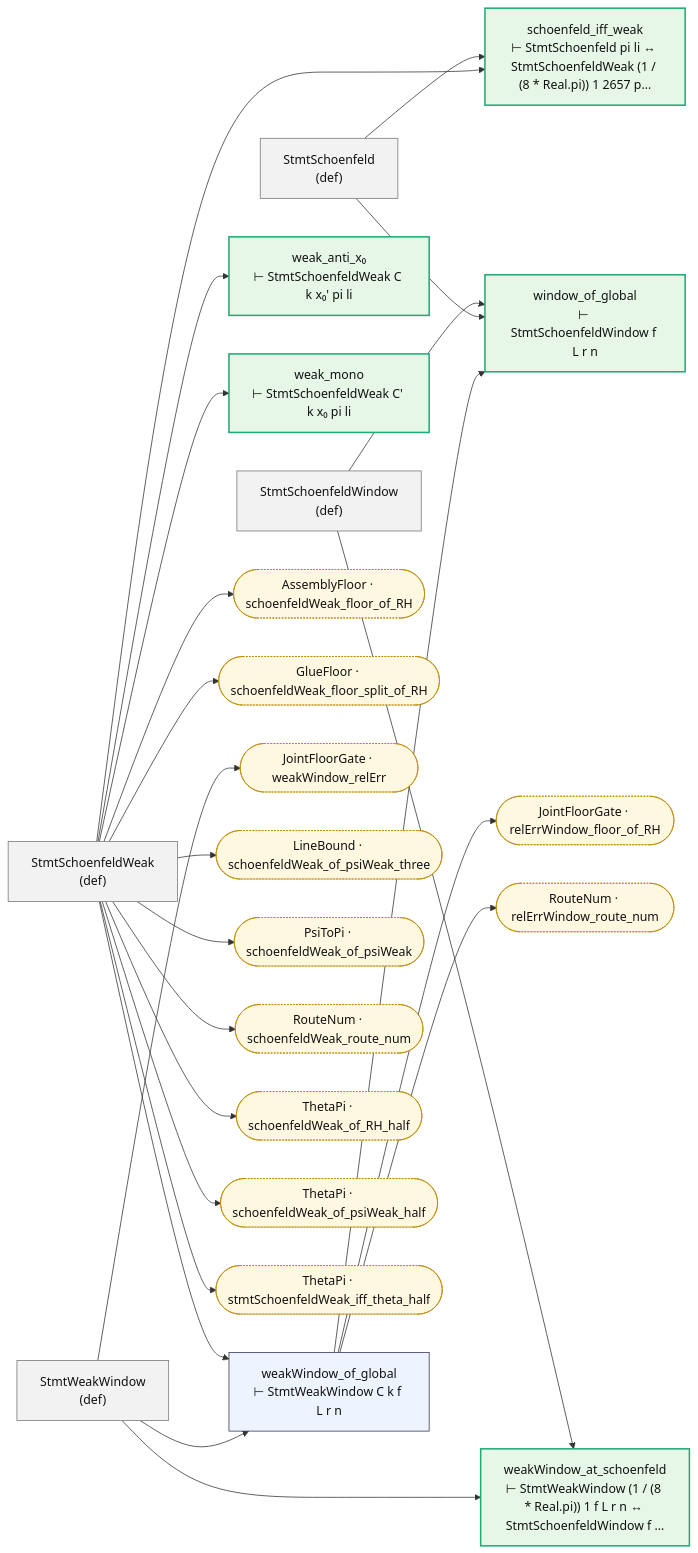
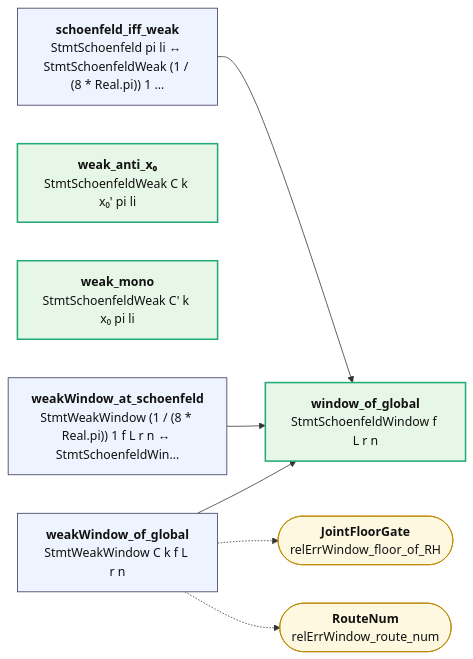
One commit to juliansambranojr/Primebeat_081426 changed the diagram in map/lean_stage3/Statement.md. Above: the diagram before and after it, drawn with Mermaid. The commit also changed other lines of this file and 387 other files, not shown here.

````diff
--- a/map/lean_stage3/Statement.md
+++ b/map/lean_stage3/Statement.md
@@ -8,52 +12,21 @@
 ```mermaid
 flowchart LR
-  n0["StmtSchoenfeldWindow<br/>(def)"]:::dfn
-  n1["StmtSchoenfeld<br/>(def)"]:::dfn
-  n2["StmtSchoenfeldWeak<br/>(def)"]:::dfn
-  n3["StmtWeakWindow<br/>(def)"]:::dfn
-  n4["schoenfeld_iff_weak<br/>⊢ StmtSchoenfeld pi li ↔ StmtSchoenfeldWeak (1 / (8 * Real.pi)) 1 2657 p…"]:::end_
-  n5["weak_anti_x₀<br/>⊢ StmtSchoenfeldWeak C k x₀' pi li"]:::end_
-  n6["weak_mono<br/>⊢ StmtSchoenfeldWeak C' k x₀ pi li"]:::end_
-  n7["weakWindow_of_global<br/>⊢ StmtWeakWindow C k f L r n"]:::thm
-  n8["weakWindow_at_schoenfeld<br/>⊢ StmtWeakWindow (1 / (8 * Real.pi)) 1 f L r n ↔ StmtSchoenfeldWindow f …"]:::end_
-  n9["window_of_global<br/>⊢ StmtSchoenfeldWindow f L r n"]:::end_
-  x0(["AssemblyFloor · schoenfeldWeak_floor_of_RH"]):::ext
-  x1(["GlueFloor · schoenfeldWeak_floor_split_of_RH"]):::ext
-  x2(["JointFloorGate · relErrWindow_floor_of_RH"]):::ext
-  x3(["JointFloorGate · weakWindow_relErr"]):::ext
-  x4(["LineBound · schoenfeldWeak_of_psiWeak_three"]):::ext
-  x5(["PsiToPi · schoenfeldWeak_of_psiWeak"]):::ext
-  x6(["RouteNum · relErrWindow_route_num"]):::ext
-  x7(["RouteNum · schoenfeldWeak_route_num"]):::ext
-  x8(["ThetaPi · schoenfeldWeak_of_RH_half"]):::ext
-  x9(["ThetaPi · schoenfeldWeak_of_psiWeak_half"]):::ext
-  x10(["ThetaPi · stmtSchoenfeldWeak_iff_theta_half"]):::ext
-  n0 --> n8
-  n0 --> n9
-  n1 --> n4
-  n1 --> n9
-  n2 --> n4
-  n2 --> n5
-  n2 --> n6
-  n2 --> n7
-  n2 --> x0
-  n2 --> x1
-  n2 --> x10
-  n2 --> x4
-  n2 --> x5
-  n2 --> x7
-  n2 --> x8
-  n2 --> x9
-  n3 --> n7
-  n3 --> n8
-  n3 --> x3
-  n7 --> n9
-  n7 --> x2
-  n7 --> x6
+  n0["<b>schoenfeld_iff_weak</b><br/>StmtSchoenfeld pi li ↔ StmtSchoenfeldWeak (1 / (8 * Real.pi)) 1 …"]:::thm
+  n1["<b>weak_anti_x₀</b><br/>StmtSchoenfeldWeak C k x₀' pi li"]:::end_
+  n2["<b>weak_mono</b><br/>StmtSchoenfeldWeak C' k x₀ pi li"]:::end_
+  n3["<b>weakWindow_of_global</b><br/>StmtWeakWindow C k f L r n"]:::thm
+  n4["<b>weakWindow_at_schoenfeld</b><br/>StmtWeakWindow (1 / (8 * Real.pi)) 1 f L r n ↔ StmtSchoenfeldWin…"]:::thm
+  n5["<b>window_of_global</b><br/>StmtSchoenfeldWindow f L r n"]:::end_
+  x0(["<b>JointFloorGate</b><br/>relErrWindow_floor_of_RH"]):::ext
+  x1(["<b>RouteNum</b><br/>relErrWindow_route_num"]):::ext
+  n0 --> n5
+  n3 --> n5
+  n4 --> n5
+  n3 -.-> x0
+  n3 -.-> x1
   classDef thm fill:#eef4ff,stroke:#335,color:#111
-  classDef dfn fill:#f2f2f2,stroke:#777,color:#111
   classDef end_ fill:#e7f7e7,stroke:#2a7,color:#111,stroke-width:2px
   classDef lone fill:#fff,stroke:#999,color:#111,stroke-dasharray:4 3
   classDef bad fill:#ffe5e5,stroke:#c22,color:#111,stroke-width:2px
-  classDef ext fill:#fff8e1,stroke:#b80,color:#111,stroke-dasharray:2 2
+  classDef ext fill:#fff8e1,stroke:#b80,color:#111
 ```
````
